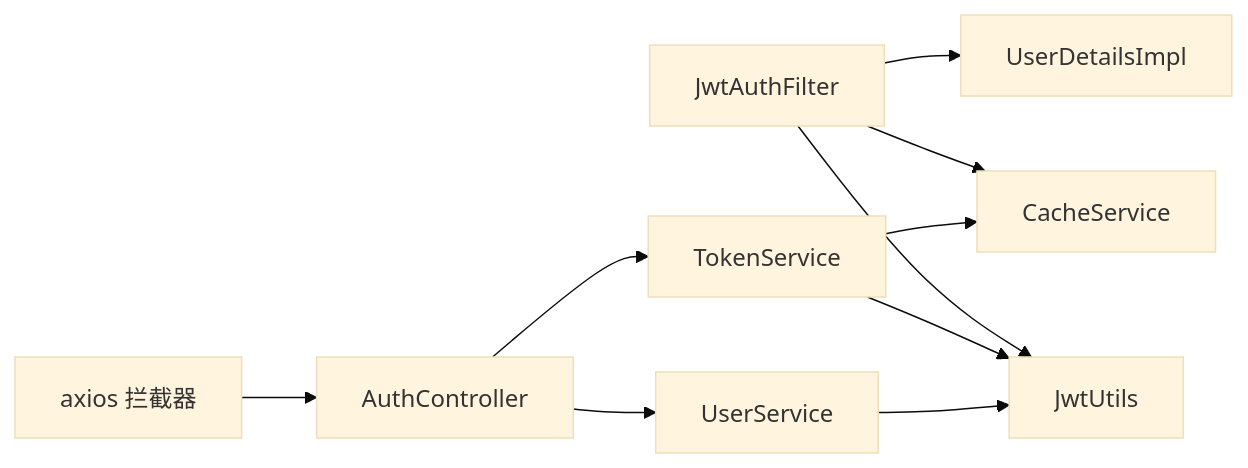
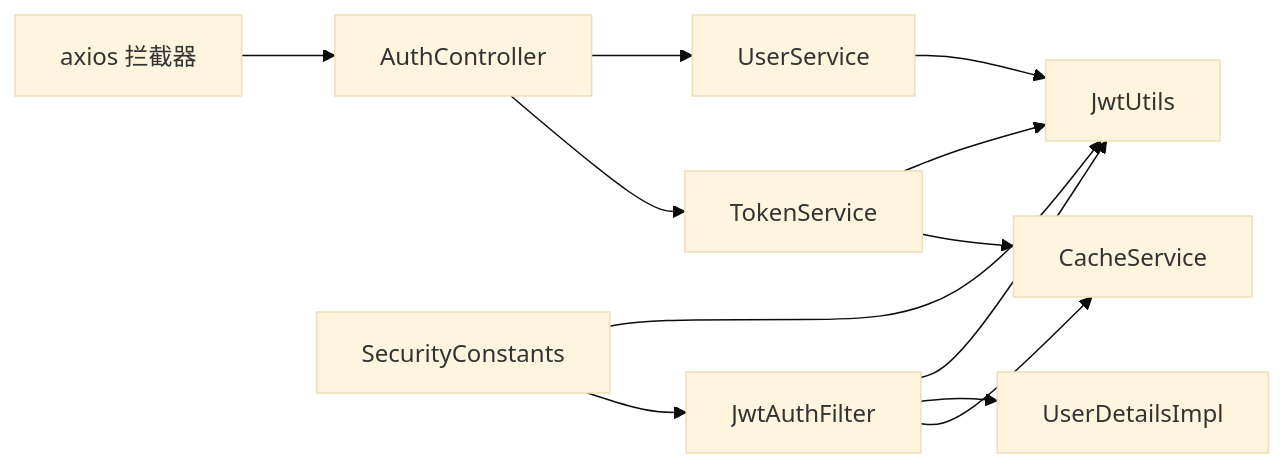
The eighth of 8 diagrams in .qoder/repowiki/zh/content/安全系统/JWT 认证机制.md (PersonNoName/FreeTrader), drawn with Mermaid (base theme) before and after one commit. The commit also changed other lines of this file and 10 other files, not shown here.

````diff
--- a/.qoder/repowiki/zh/content/安全系统/JWT 认证机制.md
+++ b/.qoder/repowiki/zh/content/安全系统/JWT 认证机制.md
@@ -333,12 +371,14 @@
 ```mermaid
 graph LR
 FIL["JwtAuthFilter"] --> UTL["JwtUtils"]
 FIL --> USI["UserDetailsImpl"]
 FIL --> CSVC["CacheService"]
 TSVC["TokenService"] --> UTL
 TSVC --> CSVC
 USVC["UserService"] --> UTL
 CTRL["AuthController"] --> USVC
 CTRL --> TSVC
 AX["axios 拦截器"] --> CTRL
+CONST["SecurityConstants"] --> UTL
+CONST --> FIL
 ```
````
